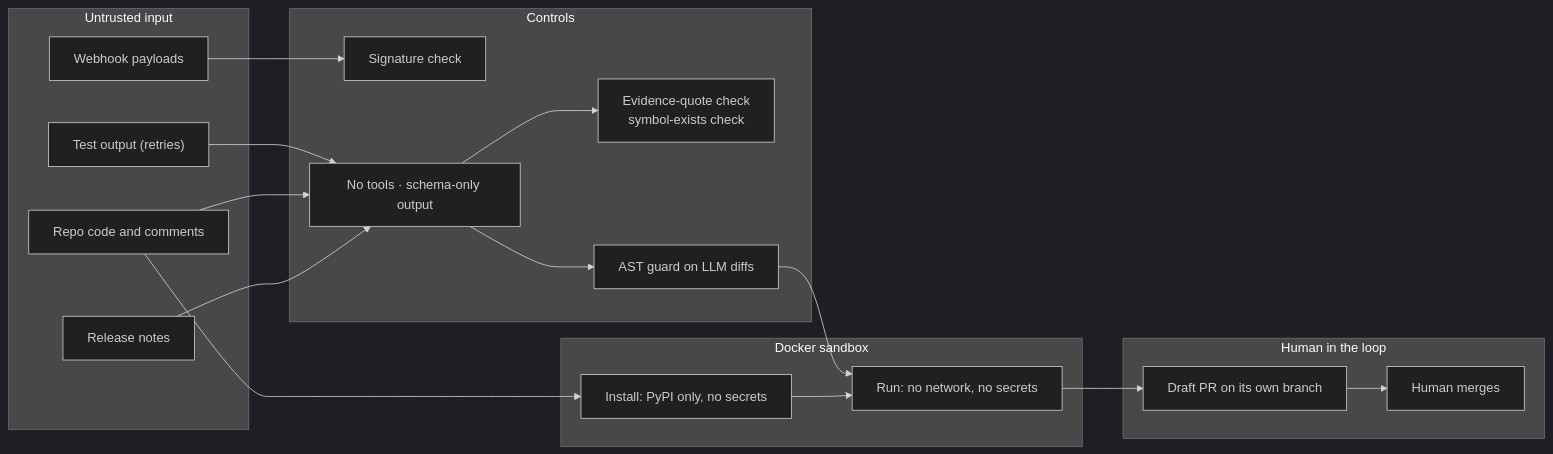
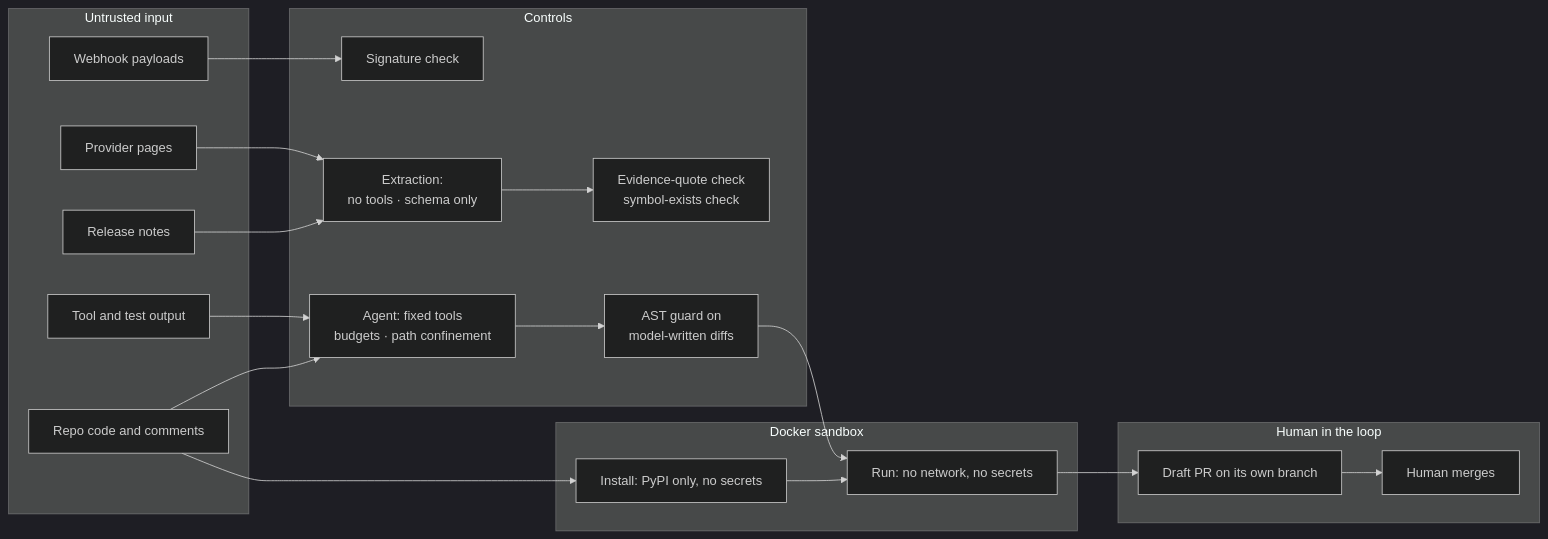
The sixth of 6 diagrams in docs/architecture.md (kavish924/API_agent), drawn with Mermaid (dark theme) before and after one commit. The commit also changed other lines of this file and 17 other files, not shown here.

````diff
--- a/docs/architecture.md
+++ b/docs/architecture.md
@@ -223,32 +298,36 @@
 ```mermaid
 flowchart LR
     subgraph Untrusted["Untrusted input"]
         NOTE["Release notes"]
+        PAGE["Provider pages"]
         CODE["Repo code and comments"]
-        TOUT["Test output (retries)"]
+        TOUT["Tool and test output"]
         HOOK["Webhook payloads"]
     end
     subgraph Controls["Controls"]
         SIG["Signature check"]
-        SCHEMA["No tools · schema-only output"]
+        SCHEMA["Extraction:<br/>no tools · schema only"]
         EVID["Evidence-quote check<br/>symbol-exists check"]
-        GUARD["AST guard on LLM diffs"]
+        TOOLS["Agent: fixed tools<br/>budgets · path confinement"]
+        GUARD["AST guard on<br/>model-written diffs"]
     end
     subgraph Sandbox["Docker sandbox"]
         INSTALL["Install: PyPI only, no secrets"]
         RUN["Run: no network, no secrets"]
     end
     subgraph Human["Human in the loop"]
         DRAFT["Draft PR on its own branch"]
         MERGE["Human merges"]
     end
 
     HOOK --> SIG
-    NOTE --> SCHEMA --> EVID
-    CODE --> SCHEMA
-    TOUT --> SCHEMA
-    SCHEMA --> GUARD
+    NOTE --> SCHEMA
+    PAGE --> SCHEMA
+    SCHEMA --> EVID
+    CODE --> TOOLS
+    TOUT --> TOOLS
+    TOOLS --> GUARD
     CODE --> INSTALL --> RUN
     GUARD --> RUN
     RUN --> DRAFT --> MERGE
 ```
````
